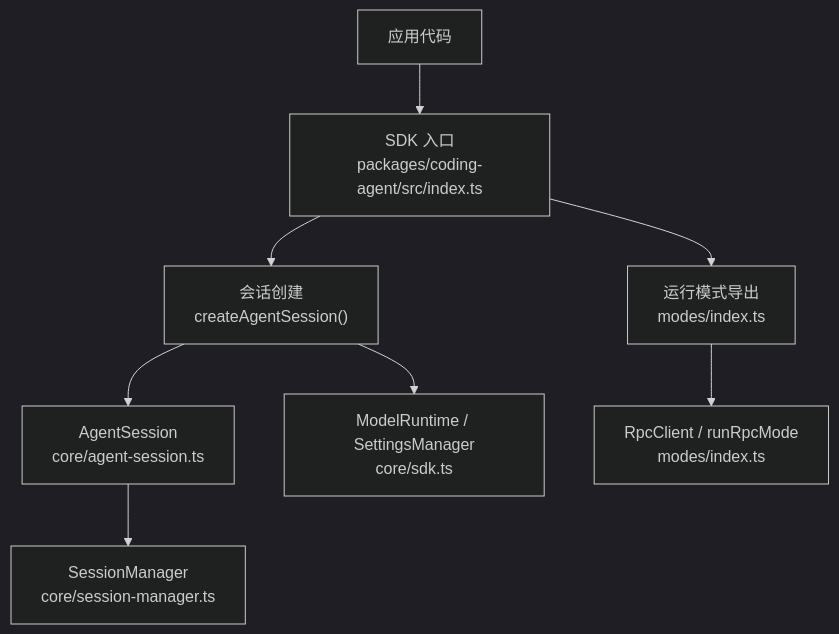
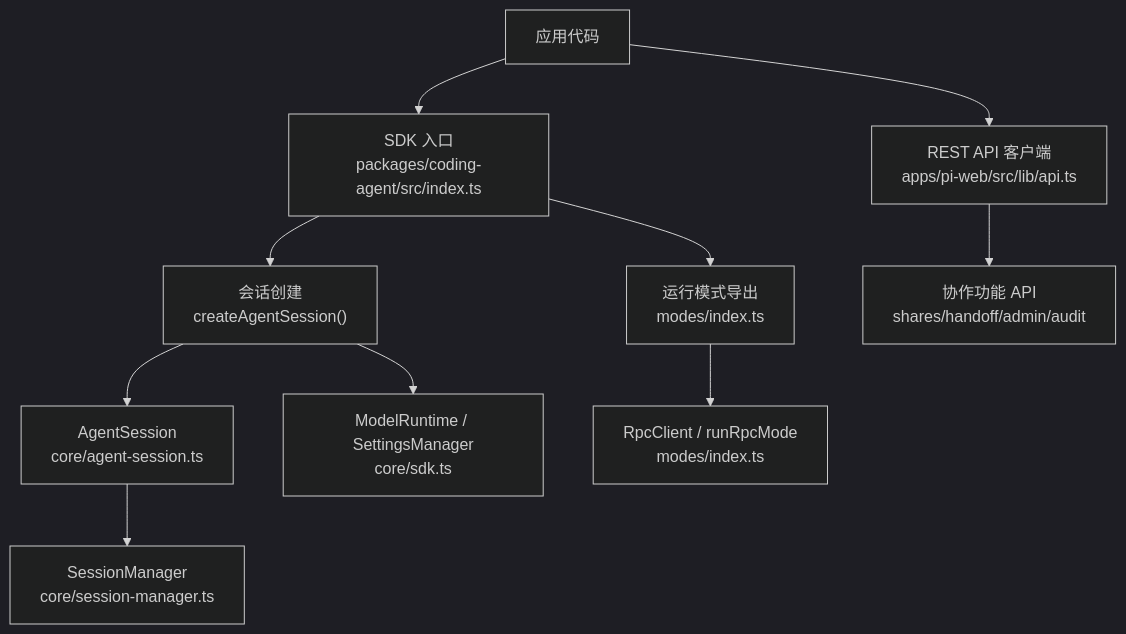
The first of 6 diagrams in .qoder/repowiki/zh/content/SDK API 参考/SDK API 参考.md (FDE-GROUP/oh-my-coding-agent), drawn with Mermaid (dark theme) before and after one commit. The commit also changed other lines of this file and 410 other files, not shown here.

````diff
--- a/.qoder/repowiki/zh/content/SDK API 参考/SDK API 参考.md
+++ b/.qoder/repowiki/zh/content/SDK API 参考/SDK API 参考.md
@@ -36,10 +54,12 @@
 ```mermaid
 graph TB
 A["应用代码"] --> B["SDK 入口<br/>packages/coding-agent/src/index.ts"]
-B --> C["会话创建<br/>createAgentSession()"]
-B --> D["运行模式导出<br/>modes/index.ts"]
-C --> E["AgentSession<br/>core/agent-session.ts"]
-C --> F["ModelRuntime / SettingsManager<br/>core/sdk.ts"]
-E --> G["SessionManager<br/>core/session-manager.ts"]
-D --> H["RpcClient / runRpcMode<br/>modes/index.ts"]
+A --> C["REST API 客户端<br/>apps/pi-web/src/lib/api.ts"]
+B --> D["会话创建<br/>createAgentSession()"]
+B --> E["运行模式导出<br/>modes/index.ts"]
+C --> F["协作功能 API<br/>shares/handoff/admin/audit"]
+D --> G["AgentSession<br/>core/agent-session.ts"]
+D --> H["ModelRuntime / SettingsManager<br/>core/sdk.ts"]
+G --> I["SessionManager<br/>core/session-manager.ts"]
+E --> J["RpcClient / runRpcMode<br/>modes/index.ts"]
 ```
````
